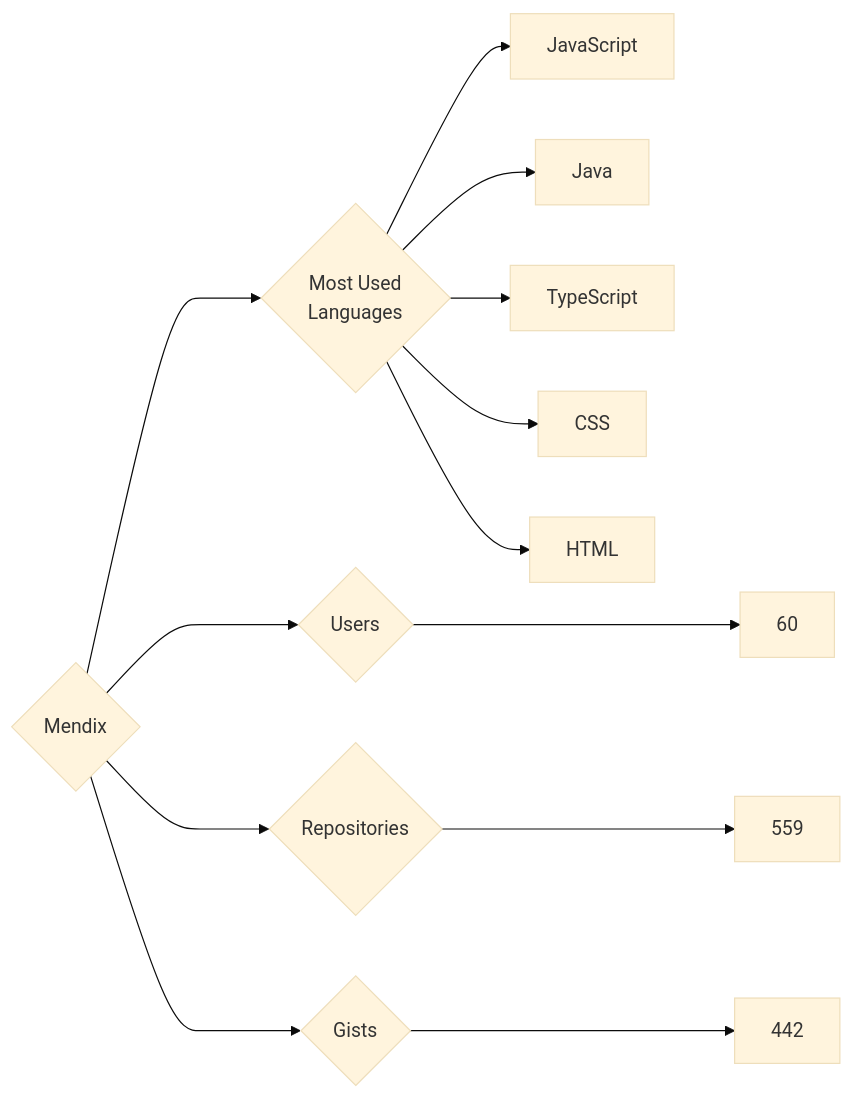
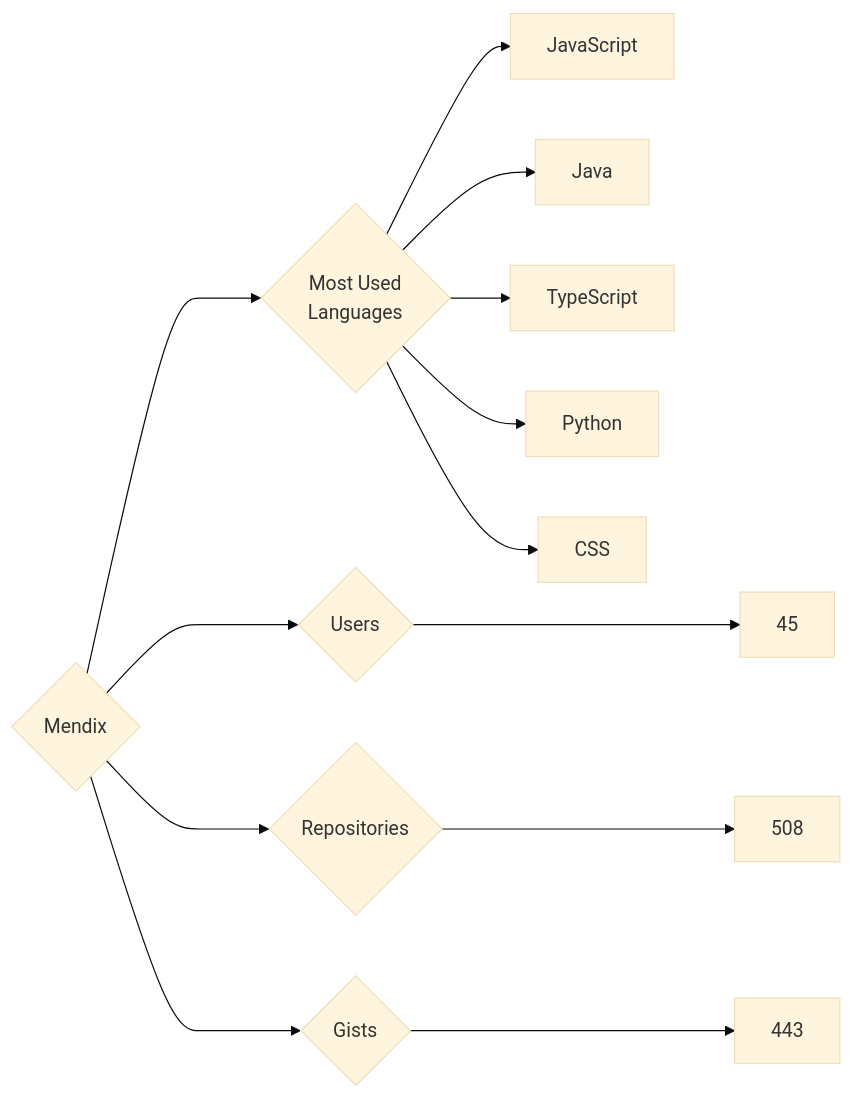
One commit to trickest/insiders changed the diagram in targets/Mendix/README.md. Above: the diagram before and after it, drawn with Mermaid (base theme). The commit also changed 928 other files, not shown here.

````diff
--- a/targets/Mendix/README.md
+++ b/targets/Mendix/README.md
@@ -3,13 +3,13 @@
 ```mermaid
 graph LR
 COMPANY_NAME{Mendix}
-COMPANY_NAME ---> U{Users} ---> UN[60]
-COMPANY_NAME ---> R{Repositories} ---> RN[559]
-COMPANY_NAME ---> G{Gists} ---> GN[442]
+COMPANY_NAME ---> U{Users} ---> UN[45]
+COMPANY_NAME ---> R{Repositories} ---> RN[508]
+COMPANY_NAME ---> G{Gists} ---> GN[443]
 COMPANY_NAME ---> ML{Most Used<br>Languages}
 ML --> JavaScript[JavaScript]
 ML --> Java[Java]
 ML --> TypeScript[TypeScript]
+ML --> Python[Python]
 ML --> CSS[CSS]
-ML --> HTML[HTML]
 ```
````
